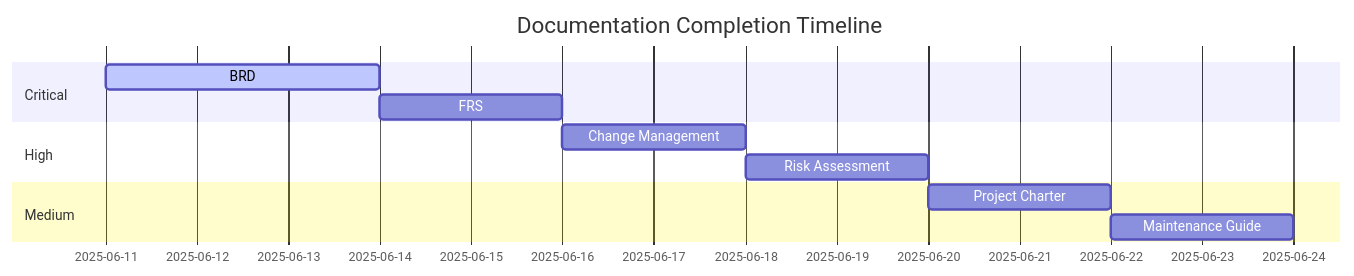
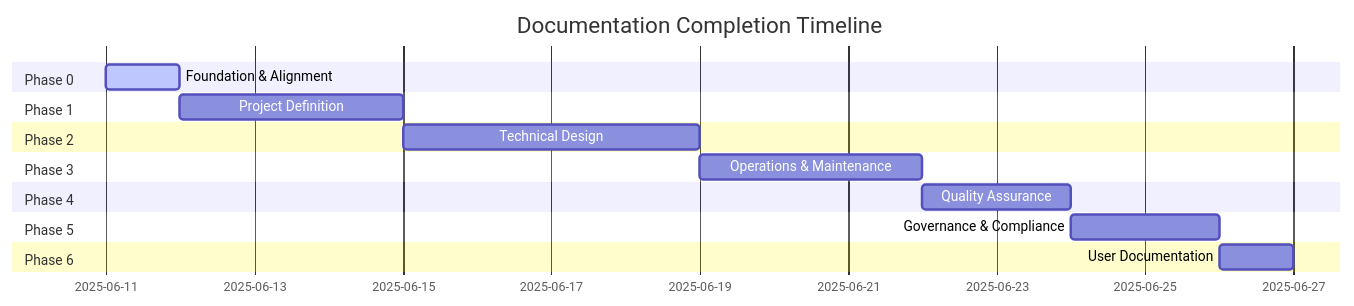
The second of 2 diagrams in documentation/documentation_completion_plan.md (NikKowPHP/lessay-cline), drawn with Mermaid before and after one commit. The commit also changed other lines of this file and 18 other files, not shown here.

````diff
--- a/documentation/documentation_completion_plan.md
+++ b/documentation/documentation_completion_plan.md
@@ -28,14 +28,19 @@
 ```mermaid
 gantt
     title Documentation Completion Timeline
     dateFormat  YYYY-MM-DD
-    section Critical
-    BRD             :active,  doc1, 2025-06-11, 3d
-    FRS             :         doc2, after doc1, 2d
-    section High
-    Change Management:         doc3, after doc2, 2d
-    Risk Assessment :         doc4, after doc3, 2d
-    section Medium
-    Project Charter :         doc5, after doc4, 2d
-    Maintenance Guide:        doc6, after doc5, 2d
+    section Phase 0
+    Foundation & Alignment :active, phase0, 2025-06-11, 1d
+    section Phase 1
+    Project Definition     :         phase1, after phase0, 3d
+    section Phase 2
+    Technical Design       :         phase2, after phase1, 4d
+    section Phase 3
+    Operations & Maintenance:        phase3, after phase2, 3d
+    section Phase 4
+    Quality Assurance      :         phase4, after phase3, 2d
+    section Phase 5
+    Governance & Compliance:         phase5, after phase4, 2d
+    section Phase 6
+    User Documentation     :         phase6, after phase5, 1d
 ```
````
